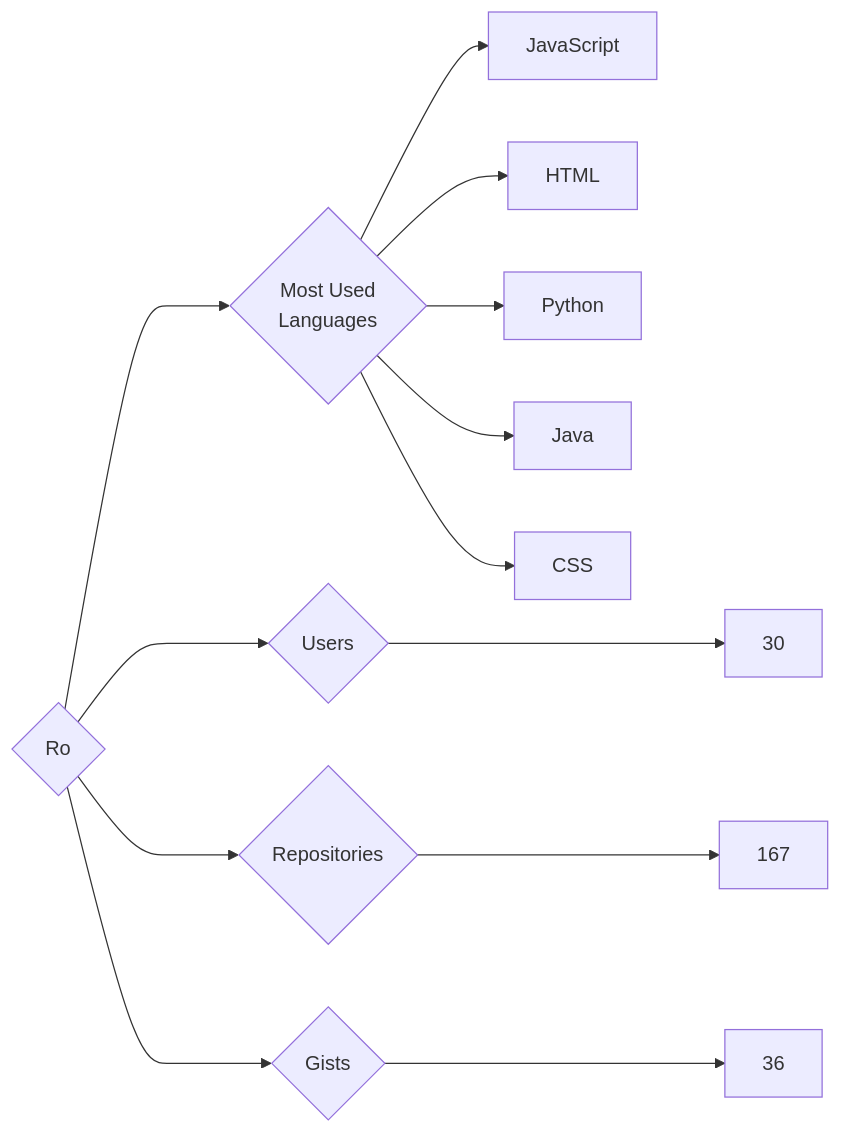
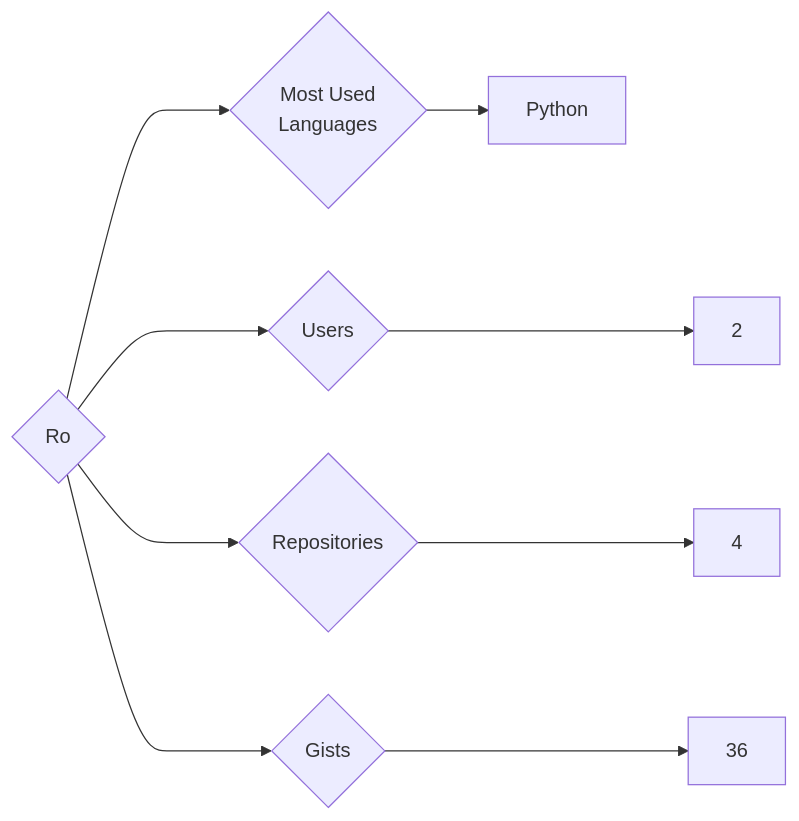
One commit to trickest/insiders changed the diagram in targets/Ro/README.md. Above: the diagram before and after it, drawn with Mermaid. The commit also changed 444 other files, not shown here.

````diff
--- a/targets/Ro/README.md
+++ b/targets/Ro/README.md
@@ -3,13 +3,9 @@
 ```mermaid
 graph LR
 COMPANY_NAME{Ro}
-COMPANY_NAME ---> U{Users} ---> UN[30]
-COMPANY_NAME ---> R{Repositories} ---> RN[167]
+COMPANY_NAME ---> U{Users} ---> UN[2]
+COMPANY_NAME ---> R{Repositories} ---> RN[4]
 COMPANY_NAME ---> G{Gists} ---> GN[36]
 COMPANY_NAME ---> ML{Most Used<br>Languages}
-ML --> JavaScript[JavaScript]
-ML --> HTML[HTML]
 ML --> Python[Python]
-ML --> Java[Java]
-ML --> CSS[CSS]
 ```
````
